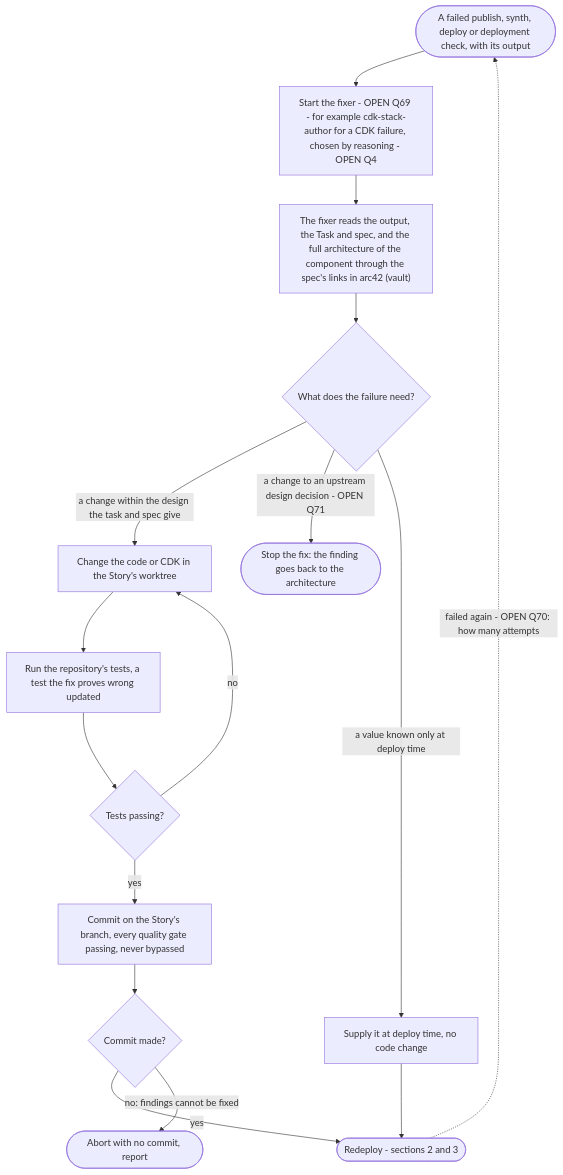
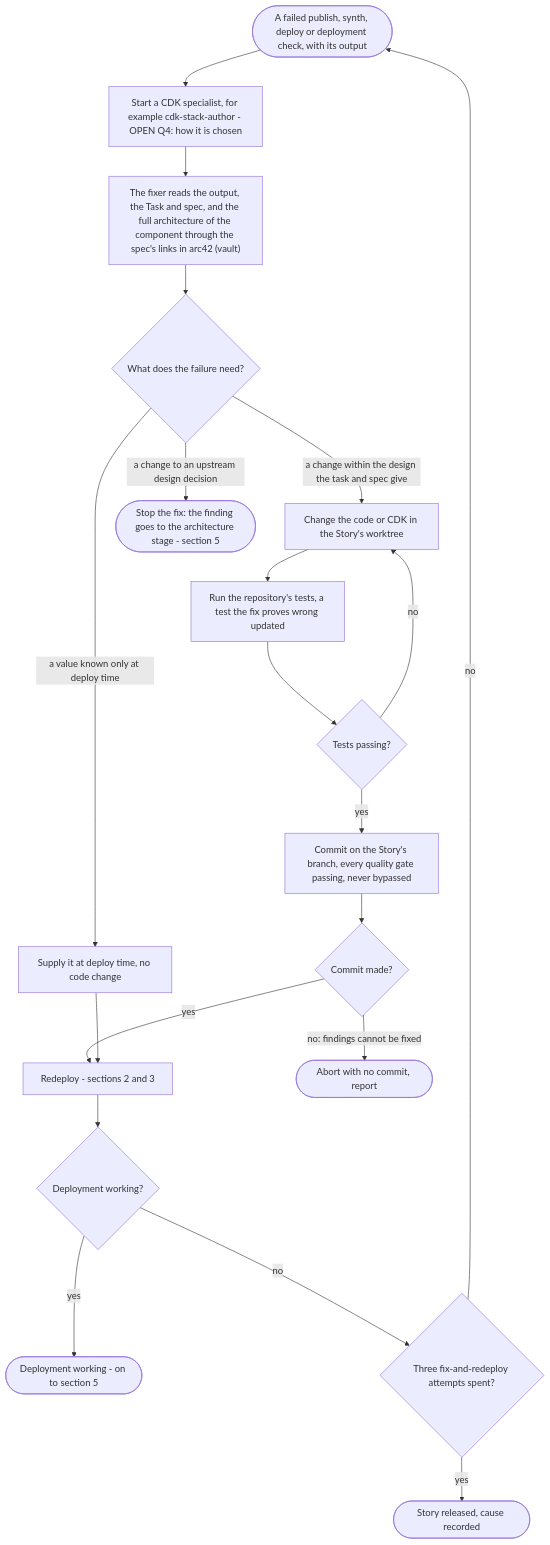
The fourth of 9 diagrams in plugins/agent-teams-workforce/blueprint/design/pipelines-deploy.md (mark-satterfield/toolset), drawn with Mermaid before and after one commit. The commit also changed other lines of this file and 2 other files, not shown here.

First line of the commit message:
docs(blueprint): decide the driver, PRD and deploy questions that are not the owner's

````diff
--- a/plugins/agent-teams-workforce/blueprint/design/pipelines-deploy.md
+++ b/plugins/agent-teams-workforce/blueprint/design/pipelines-deploy.md
@@ -265,18 +289,22 @@
 ```mermaid
 flowchart TD
-    in(["A failed publish, synth, deploy or deployment check, with its output"]) --> who["Start the fixer - OPEN Q69 - for example cdk-stack-author for a CDK failure, chosen by reasoning - OPEN Q4"]
+    in(["A failed publish, synth, deploy or deployment check, with its output"]) --> who["Start a CDK specialist, for example cdk-stack-author - OPEN Q4: how it is chosen"]
     who --> ctx["The fixer reads the output, the Task and spec, and the full architecture of the component through the spec's links in arc42 (vault)"]
     ctx --> cause{"What does the failure need?"}
     cause -->|"a change within the design the task and spec give"| change["Change the code or CDK in the Story's worktree"]
-    cause -->|"a change to an upstream design decision - OPEN Q71"| design(["Stop the fix: the finding goes back to the architecture"])
+    cause -->|"a change to an upstream design decision"| design(["Stop the fix: the finding goes to the architecture stage - section 5"])
     cause -->|"a value known only at deploy time"| dt["Supply it at deploy time, no code change"]
     change --> tests["Run the repository's tests, a test the fix proves wrong updated"]
     tests --> green{"Tests passing?"}
     green -->|"no"| change
     green -->|"yes"| commit["Commit on the Story's branch, every quality gate passing, never bypassed"]
     commit --> gate{"Commit made?"}
-    gate -->|"yes"| redeploy(["Redeploy - sections 2 and 3"])
+    gate -->|"yes"| redeploy["Redeploy - sections 2 and 3"]
     gate -->|"no: findings cannot be fixed"| abort(["Abort with no commit, report"])
     dt --> redeploy
-    redeploy -.->|"failed again - OPEN Q70: how many attempts"| in
+    redeploy --> rd{"Deployment working?"}
+    rd -->|"yes"| okEnd(["Deployment working - on to section 5"])
+    rd -->|"no"| att{"Three fix-and-redeploy attempts spent?"}
+    att -->|"no"| in
+    att -->|"yes"| released(["Story released, cause recorded"])
 ```
````
